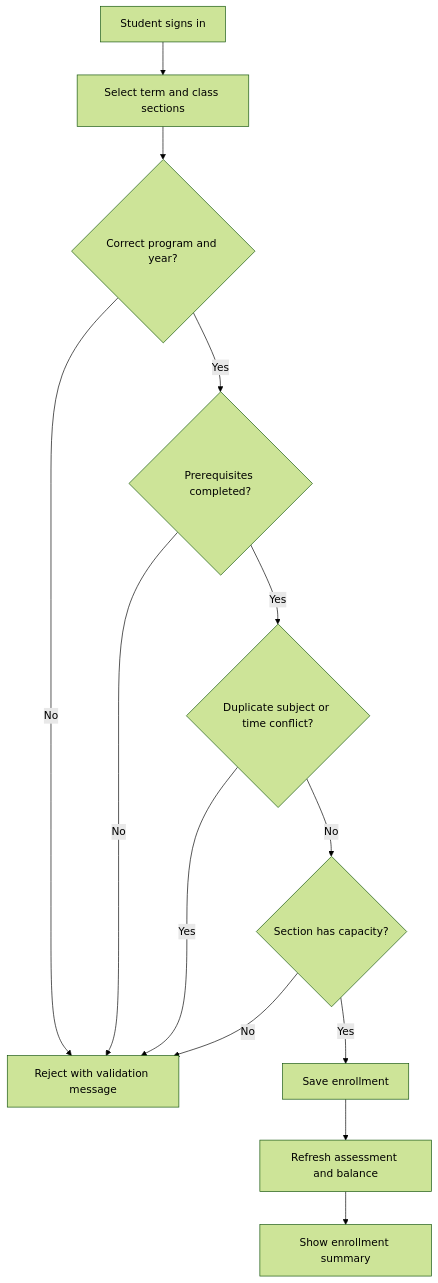
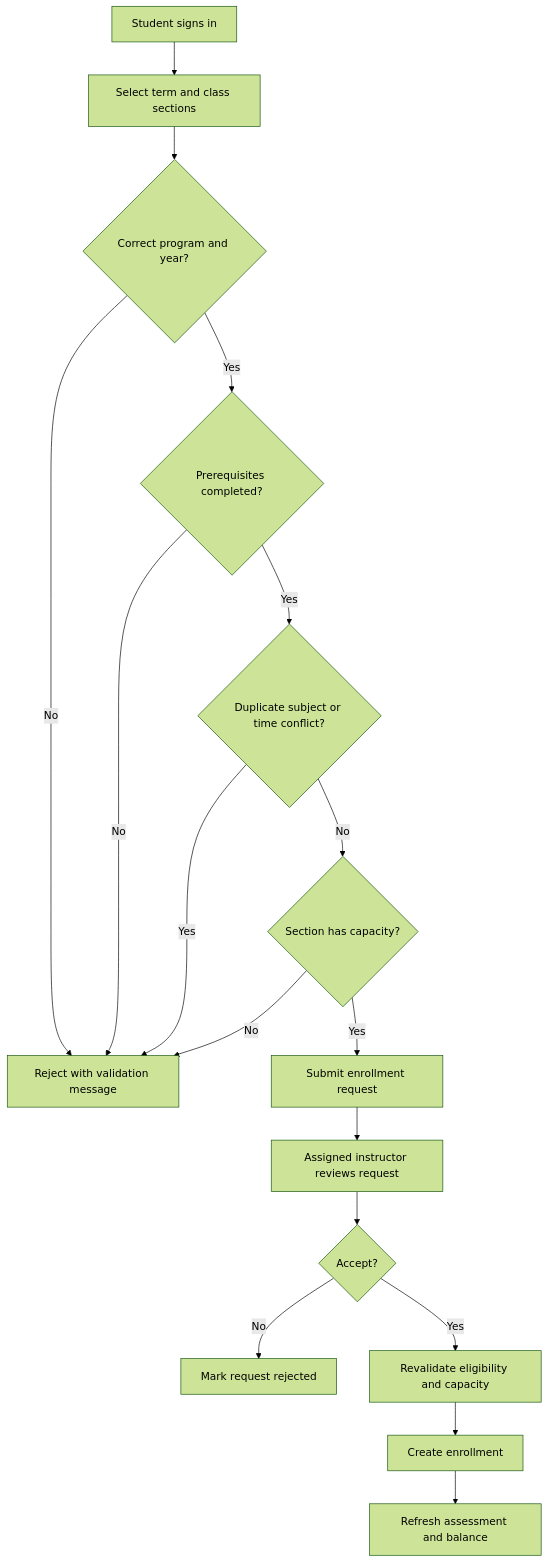
The second of 2 diagrams in README.md (ArbitErDL001/EnrollmentSystem), drawn with Mermaid (forest theme) before and after one commit. The commit also changed other lines of this file and 45 other files, not shown here.

````diff
--- a/README.md
+++ b/README.md
@@ -130,15 +142,19 @@
 ```mermaid
 flowchart TD
     A[Student signs in] --> B[Select term and class sections]
     B --> C{Correct program and year?}
     C -- No --> X[Reject with validation message]
     C -- Yes --> D{Prerequisites completed?}
     D -- No --> X
     D -- Yes --> E{Duplicate subject or time conflict?}
     E -- Yes --> X
     E -- No --> F{Section has capacity?}
     F -- No --> X
-    F -- Yes --> G[Save enrollment]
-    G --> H[Refresh assessment and balance]
-    H --> I[Show enrollment summary]
+    F -- Yes --> G[Submit enrollment request]
+    G --> H[Assigned instructor reviews request]
+    H --> I{Accept?}
+    I -- No --> J[Mark request rejected]
+    I -- Yes --> K[Revalidate eligibility and capacity]
+    K --> L[Create enrollment]
+    L --> M[Refresh assessment and balance]
 ```
````
